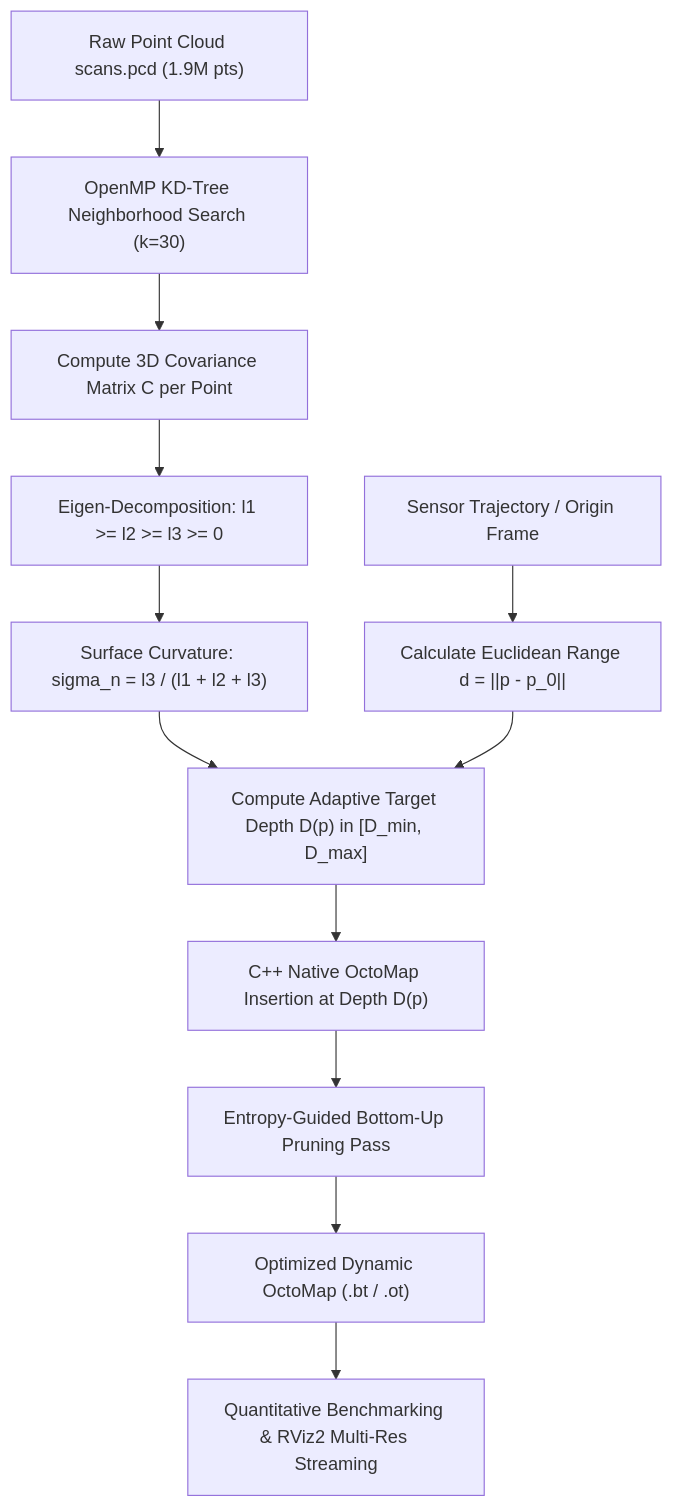
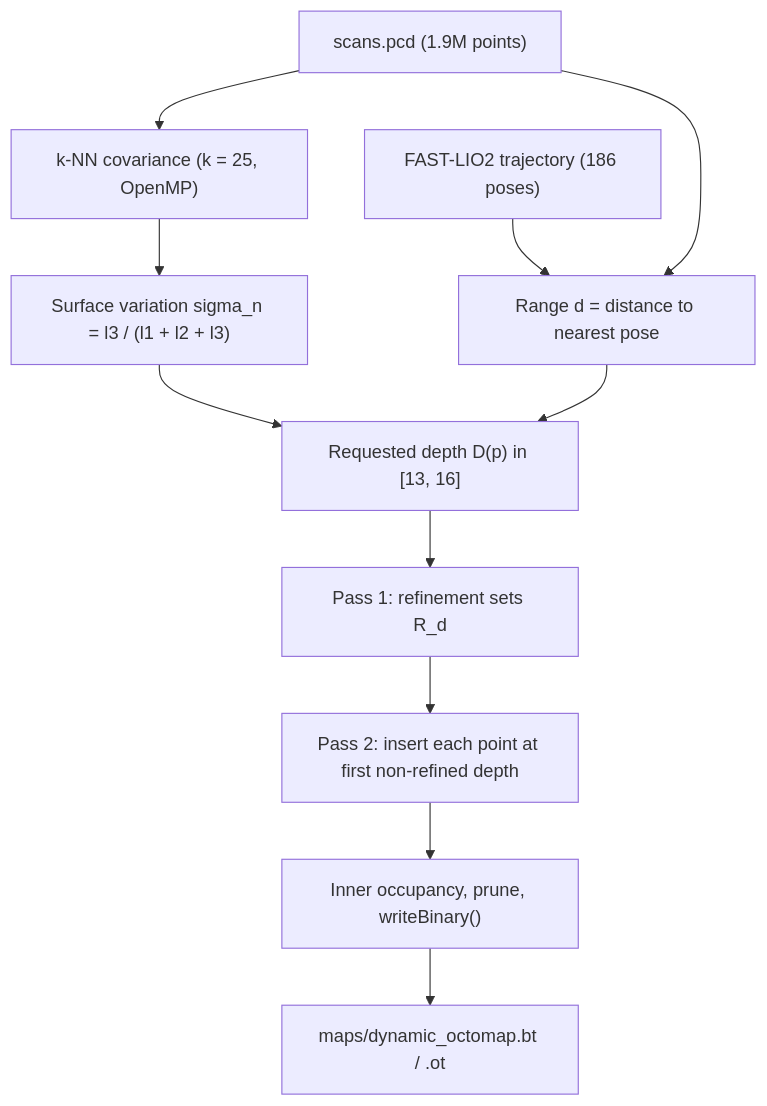
The second of 2 diagrams in Reports/BTP_UAV_LiDAR_Reconstruction_Comprehensive_Report.md (trynottofear/BTP_UAV_LiDAR_Reconstruction), drawn with Mermaid before and after one commit. The commit also changed other lines of this file and 29 other files, not shown here.

First line of the commit message:
fix: adaptive OctoMap false occupancy, rebuild benchmarks and reports

````diff
--- a/Reports/BTP_UAV_LiDAR_Reconstruction_Comprehensive_Report.md
+++ b/Reports/BTP_UAV_LiDAR_Reconstruction_Comprehensive_Report.md
@@ -353,14 +221,13 @@
 ```mermaid
 flowchart TD
-    A["Raw Point Cloud scans.pcd (1.9M pts)"] --> B["OpenMP KD-Tree Neighborhood Search (k=30)"]
-    B --> C["Compute 3D Covariance Matrix C per Point"]
-    C --> D["Eigen-Decomposition: l1 >= l2 >= l3 >= 0"]
-    D --> E["Surface Curvature: sigma_n = l3 / (l1 + l2 + l3)"]
-    F["Sensor Trajectory / Origin Frame"] --> G["Calculate Euclidean Range d = ||p - p_0||"]
-    E --> H["Compute Adaptive Target Depth D(p) in [D_min, D_max]"]
-    G --> H
-    H --> I["C++ Native OctoMap Insertion at Depth D(p)"]
-    I --> J["Entropy-Guided Bottom-Up Pruning Pass"]
-    J --> K["Optimized Dynamic OctoMap (.bt / .ot)"]
-    K --> L["Quantitative Benchmarking & RViz2 Multi-Res Streaming"]
+    A["scans.pcd (1.9M points)"] --> B["k-NN covariance (k = 25, OpenMP)"]
+    B --> C["Surface variation sigma_n = l3 / (l1 + l2 + l3)"]
+    T["FAST-LIO2 trajectory (186 poses)"] --> D["Range d = distance to nearest pose"]
+    A --> D
+    C --> E["Requested depth D(p) in [13, 16]"]
+    D --> E
+    E --> F["Pass 1: refinement sets R_d"]
+    F --> G["Pass 2: insert each point at first non-refined depth"]
+    G --> H["Inner occupancy, prune, writeBinary()"]
+    H --> I["maps/dynamic_octomap.bt / .ot"]
 ```
````
